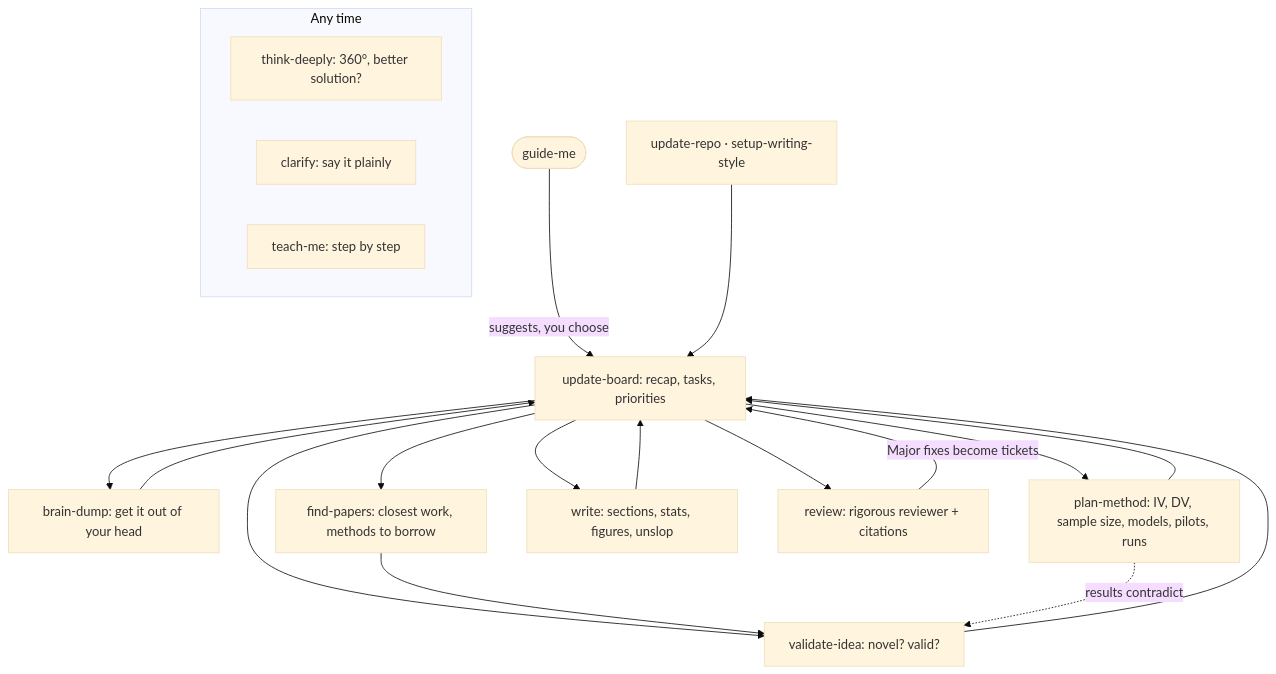
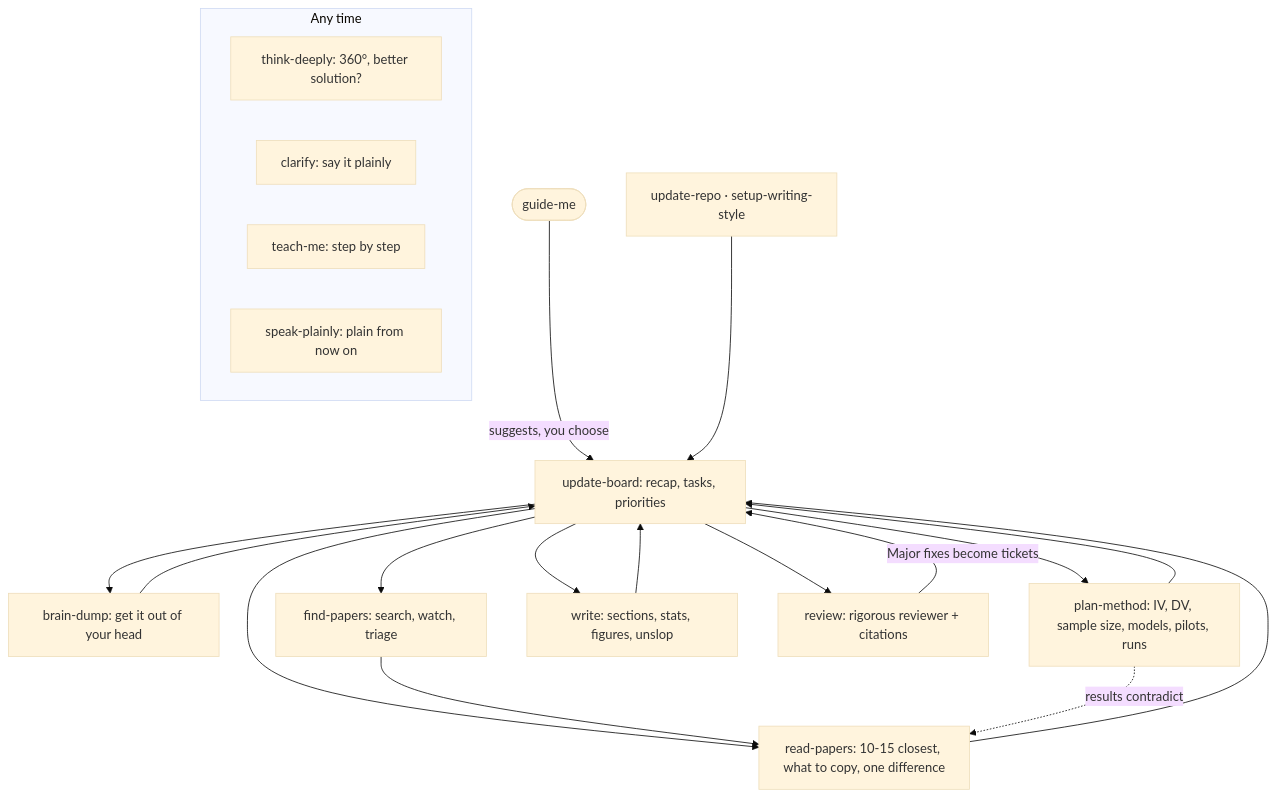
Before and after one commit to chaklam-silpasuwanchai/research_skill: the diagram in docs/how-it-works.md, drawn with Mermaid (base theme). The commit also changed other lines of this file and 23 other files, not shown here.

First line of the commit message:
validate-idea becomes read-papers; add speak-plainly (0.9.0)

````diff
--- a/docs/how-it-works.md
+++ b/docs/how-it-works.md
@@ -7,23 +7,24 @@
 ```mermaid
 flowchart TD
   G([guide-me]) -->|suggests, you choose| B[update-board: recap, tasks, priorities]
   S[update-repo · setup-writing-style] --> B
   B --> D[brain-dump: get it out of your head]
-  B --> V[validate-idea: novel? valid?]
-  B --> F[find-papers: closest work, methods to borrow]
+  B --> V[read-papers: 10-15 closest, what to copy, one difference]
+  B --> F[find-papers: search, watch, triage]
   B --> M[plan-method: IV, DV, sample size, models, pilots, runs]
   B --> W[write: sections, stats, figures, unslop]
   B --> R[review: rigorous reviewer + citations]
   D --> B
   V --> B
   F --> V
   M --> B
   W --> B
   R -->|Major fixes become tickets| B
   M -. results contradict .-> V
   subgraph anytime[Any time]
     T[think-deeply: 360°, better solution?]
     C[clarify: say it plainly]
     E[teach-me: step by step]
+    P[speak-plainly: plain from now on]
   end
 ```
````
